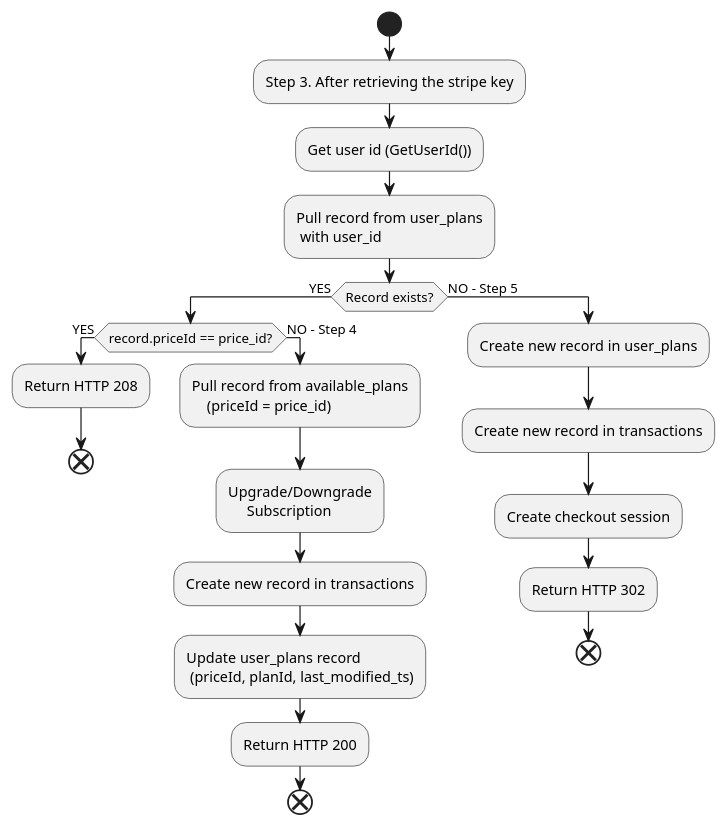
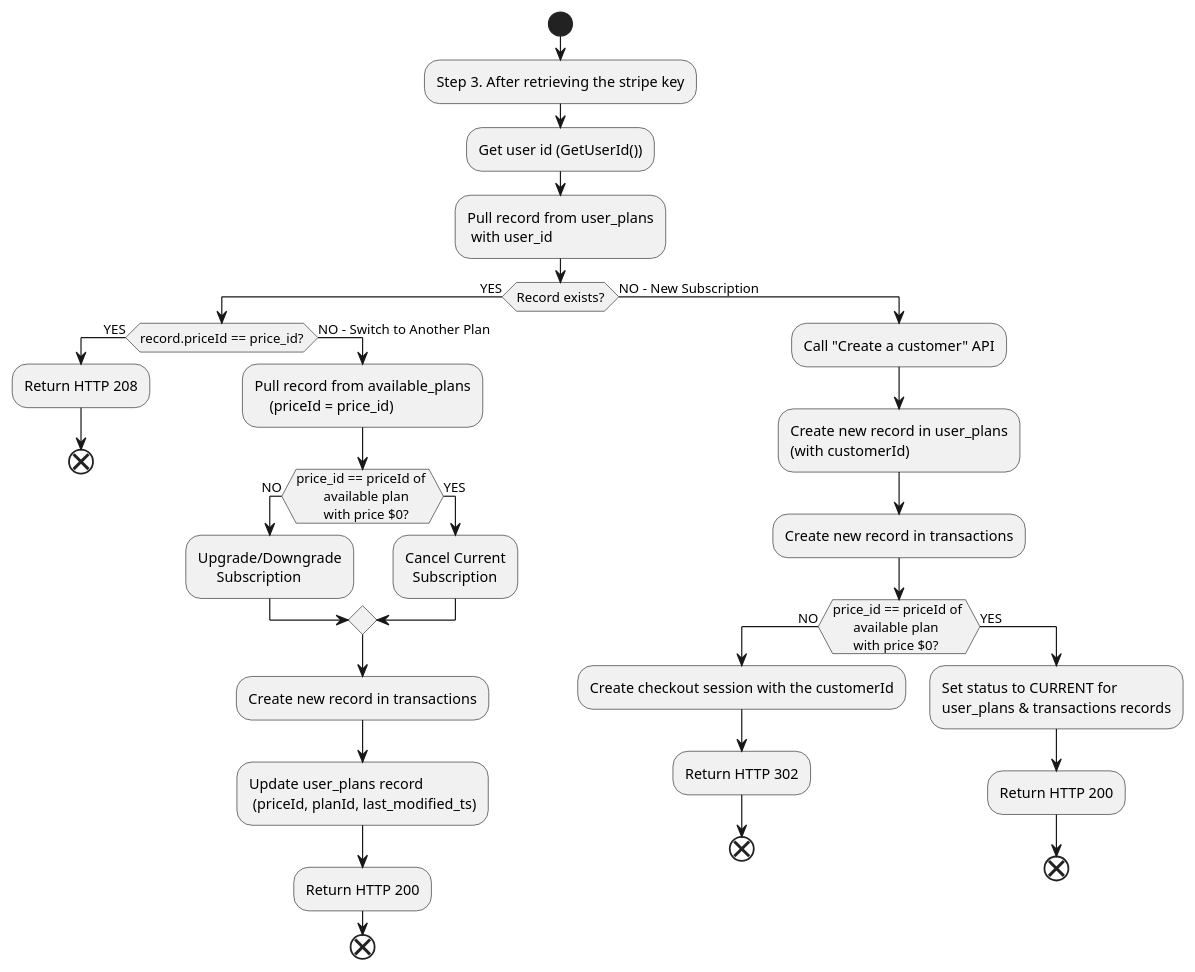
The second of 2 diagrams in README.md (talentaz/subscription_manager), drawn with PlantUML before and after one commit. The commit also changed other lines of this file, not shown here.

````diff
--- a/README.md
+++ b/README.md
@@ -156,29 +117,48 @@
 ```plantuml
 start
 :Step 3. After retrieving the stripe key;
 :Get user id (GetUserId());
 :Pull record from user_plans 
  with user_id;
 If (Record exists?) then (YES)
   If (record.priceId == price_id?) then (YES)
     :Return HTTP 208;
     end
-  Else (NO - Step 4)
-    :Pull record from available_plans 
-        (priceId = price_id);
-    :Upgrade/Downgrade 
-         Subscription;
+    Else (NO - Switch to Another Plan)
+      :Pull record from available_plans 
+          (priceId = price_id);
+      If (price_id == priceId of 
+        available plan 
+        with price $0?) then (NO)
+      :Upgrade/Downgrade 
+           Subscription;
+    Else (YES)
+      :Cancel Current 
+        Subscription;
+    EndIf
+    
     :Create new record in transactions;
     :Update user_plans record 
      (priceId, planId, last_modified_ts);
     :Return HTTP 200;
     end
   Endif
-Else (NO - Step 5)
-  :Create new record in user_plans;
+Else (NO - New Subscription)
+  :Call "Create a customer" API;
+  :Create new record in user_plans 
+  (with customerId);
   :Create new record in transactions;
-  :Create checkout session;
-  :Return HTTP 302;
-  end
+  If (price_id == priceId of 
+      available plan 
+      with price $0?) then (NO)
+    :Create checkout session with the customerId;
+    :Return HTTP 302;
+    end
+  Else (YES)
+    :Set status to CURRENT for 
+    user_plans & transactions records;
+    :Return HTTP 200;
+    end
+  EndIf
 EndIf
 ```
````
